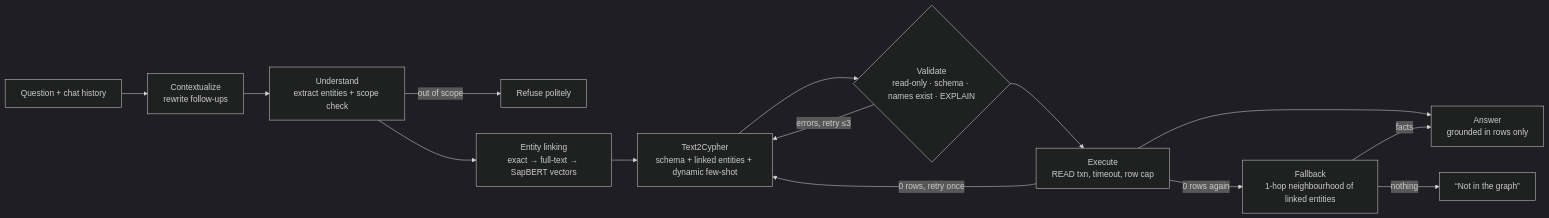
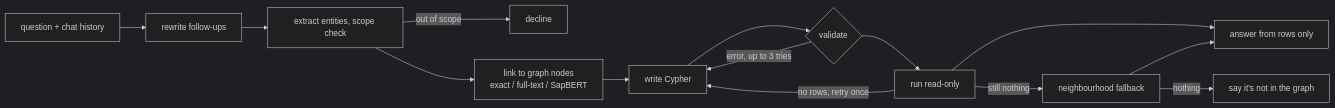
The diagram in README.md (praneethnarayanan2002-lab/medigraph-llm-rag), drawn with Mermaid (dark theme) before and after one commit. The commit also changed other lines of this file and 4 other files, not shown here.

````diff
--- a/README.md
+++ b/README.md
@@ -12,16 +28,16 @@
 ```mermaid
 flowchart LR
-    Q[Question + chat history] --> C[Contextualize<br/>rewrite follow-ups]
-    C --> U[Understand<br/>extract entities + scope check]
-    U -->|out of scope| R[Refuse politely]
-    U --> L[Entity linking<br/>exact → full-text → SapBERT vectors]
-    L --> G[Text2Cypher<br/>schema + linked entities + dynamic few-shot]
-    G --> V{Validate<br/>read-only · schema · names exist · EXPLAIN}
-    V -->|errors, retry ≤3| G
-    V --> E[Execute<br/>READ txn, timeout, row cap]
-    E -->|0 rows, retry once| G
-    E -->|0 rows again| F[Fallback<br/>1-hop neighbourhood of linked entities]
-    E --> A[Answer<br/>grounded in rows only]
-    F -->|facts| A
-    F -->|nothing| N[“Not in the graph”]
+    Q[question + chat history] --> C[rewrite follow-ups]
+    C --> U[extract entities, scope check]
+    U -->|out of scope| R[decline]
+    U --> L[link to graph nodes<br/>exact / full-text / SapBERT]
+    L --> G[write Cypher]
+    G --> V{validate}
+    V -->|error, up to 3 tries| G
+    V --> E[run read-only]
+    E -->|no rows, retry once| G
+    E -->|still nothing| F[neighbourhood fallback]
+    E --> A[answer from rows only]
+    F --> A
+    F -->|nothing| N[say it's not in the graph]
 ```
````
